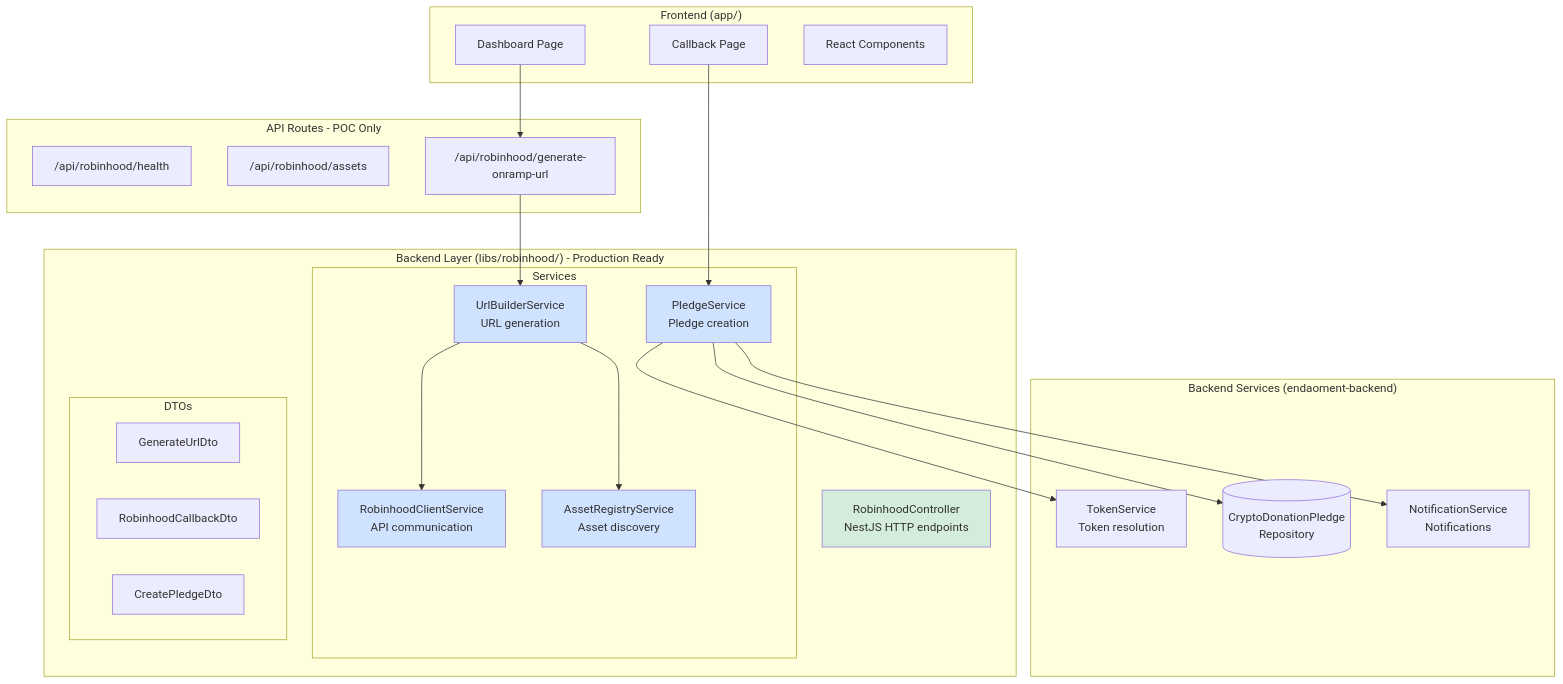
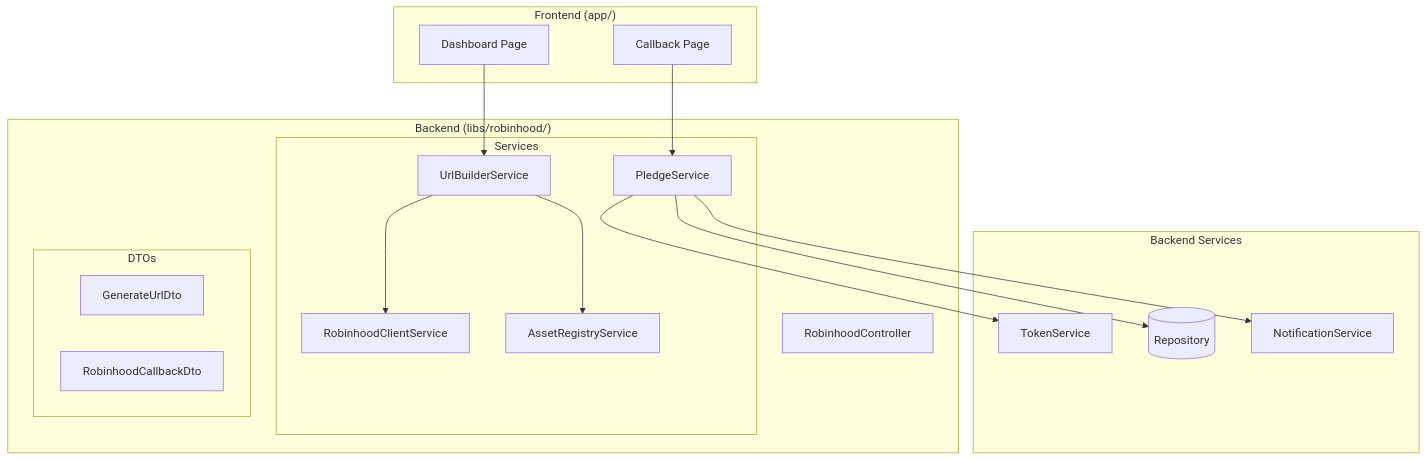
The second of 5 diagrams in robinhood-onramp/docs/FLOW-DIAGRAMS.md (endaoment/robinhood-connect-poc), drawn with Mermaid before and after one commit. The commit also changed other lines of this file and 12 other files, not shown here.

````diff
--- a/robinhood-onramp/docs/FLOW-DIAGRAMS.md
+++ b/robinhood-onramp/docs/FLOW-DIAGRAMS.md
@@ -54,54 +31,38 @@
 ```mermaid
 graph TB
     subgraph "Frontend (app/)"
         Dashboard[Dashboard Page]
         Callback[Callback Page]
-        Components[React Components]
     end
 
-    subgraph "API Routes - POC Only"
-        HealthRoute["/api/robinhood/health"]
-        AssetsRoute["/api/robinhood/assets"]
-        GenerateRoute["/api/robinhood/generate-onramp-url"]
-    end
-
-    subgraph "Backend Layer (libs/robinhood/) - Production Ready"
-        Controller[RobinhoodController<br/>NestJS HTTP endpoints]
+    subgraph "Backend (libs/robinhood/)"
+        Controller[RobinhoodController]
 
         subgraph "Services"
-            RHClient[RobinhoodClientService<br/>API communication]
-            AssetRegistry[AssetRegistryService<br/>Asset discovery]
-            UrlBuilder[UrlBuilderService<br/>URL generation]
-            Pledge[PledgeService<br/>Pledge creation]
+            RHClient[RobinhoodClientService]
+            AssetRegistry[AssetRegistryService]
+            UrlBuilder[UrlBuilderService]
+            Pledge[PledgeService]
         end
 
         subgraph "DTOs"
             GenerateDto[GenerateUrlDto]
             CallbackDto[RobinhoodCallbackDto]
-            PledgeDto[CreatePledgeDto]
         end
     end
 
-    subgraph "Backend Services (endaoment-backend)"
-        TokenService[TokenService<br/>Token resolution]
-        PledgeRepo[(CryptoDonationPledge<br/>Repository)]
-        NotificationService[NotificationService<br/>Notifications]
+    subgraph "Backend Services"
+        TokenService[TokenService]
+        PledgeRepo[(Repository)]
+        NotificationService[NotificationService]
     end
 
-    Dashboard --> GenerateRoute
-    GenerateRoute --> UrlBuilder
-
+    Dashboard --> UrlBuilder
     UrlBuilder --> RHClient
     UrlBuilder --> AssetRegistry
 
     Callback --> Pledge
     Pledge --> TokenService
     Pledge --> PledgeRepo
     Pledge --> NotificationService
-
-    style Controller fill:#d4edda
-    style RHClient fill:#cfe2ff
-    style AssetRegistry fill:#cfe2ff
-    style UrlBuilder fill:#cfe2ff
-    style Pledge fill:#cfe2ff
 ```
````
